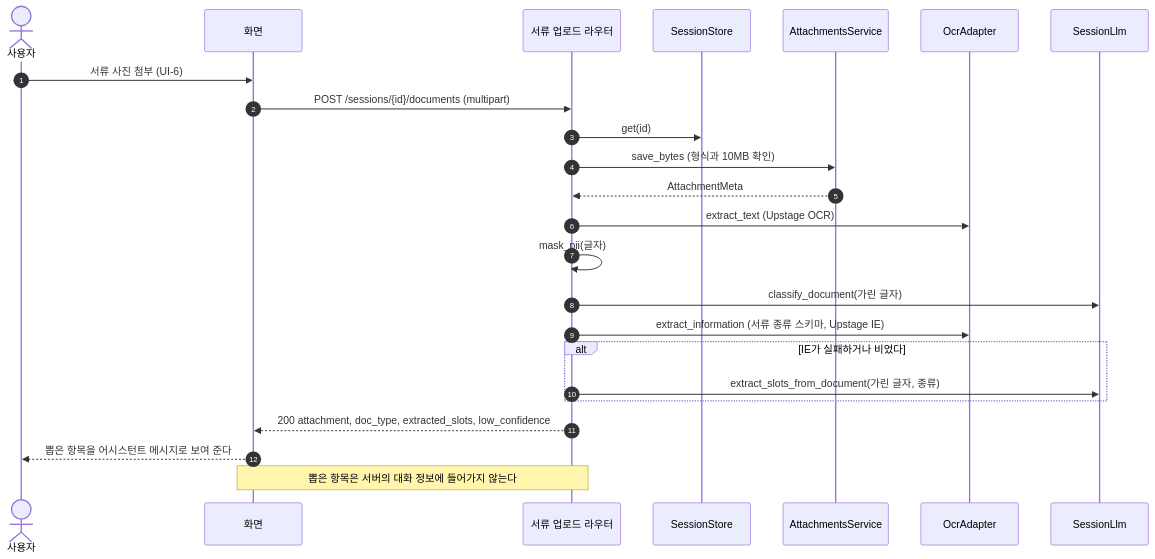
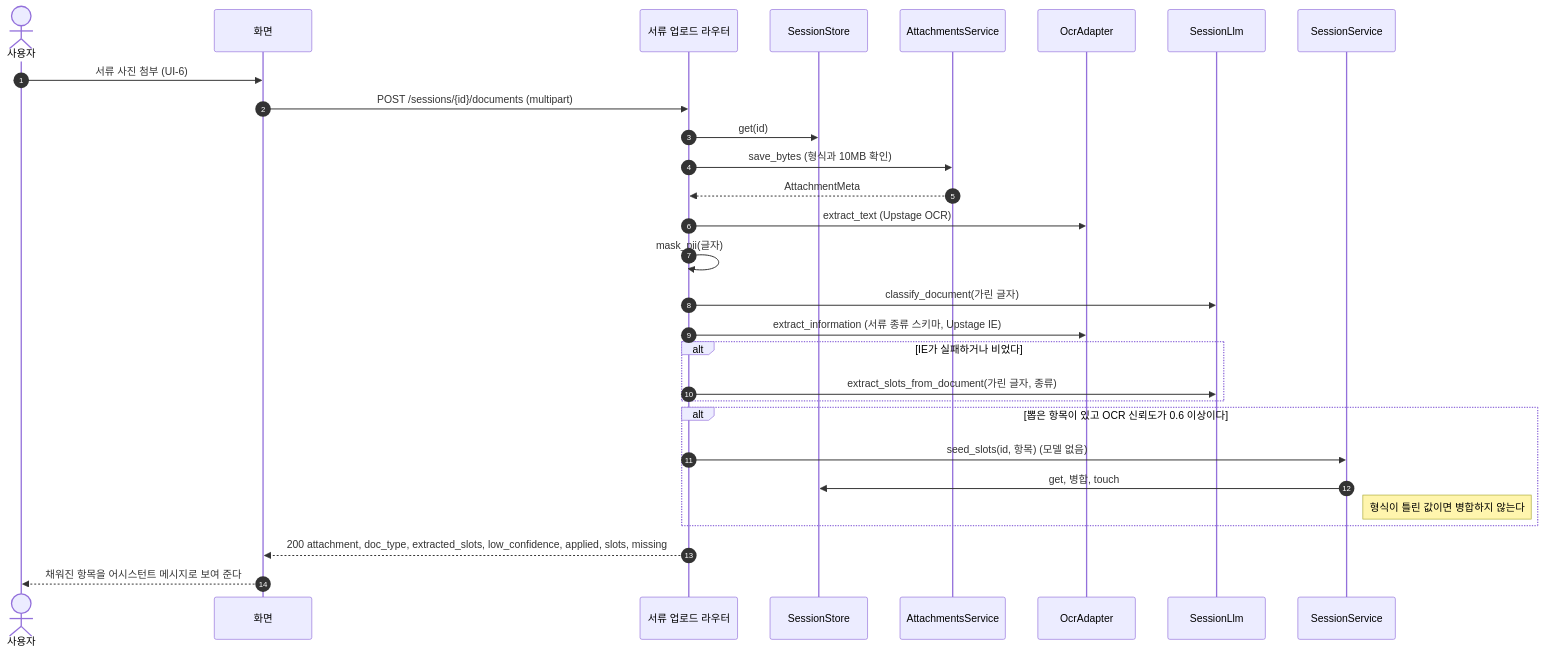
Before and after one commit to HoyoungParkme/Insurance-Helper: the sixth of 15 diagrams in docs/specs/09-SEQ/INS-SEQ-002.md, drawn with Mermaid. The commit also changed other lines of this file, not shown here.

Commit message:
spec(SEQ-002): SEQ-6 서류 항목이 세션 대화 정보에 병합됨 (E1 반영), 2장에서 해당 항목 삭제

````diff
--- a/docs/specs/09-SEQ/INS-SEQ-002.md
+++ b/docs/specs/09-SEQ/INS-SEQ-002.md
@@ -255,26 +255,31 @@
 ```mermaid
 sequenceDiagram
     autonumber
     actor U as 사용자
     participant FE as 화면
     participant R as 서류 업로드 라우터
     participant ST as SessionStore
     participant AT as AttachmentsService
     participant OC as OcrAdapter
     participant SL as SessionLlm
+    participant SS as SessionService
     U->>FE: 서류 사진 첨부 (UI-6)
     FE->>R: POST /sessions/{id}/documents (multipart)
     R->>ST: get(id)
     R->>AT: save_bytes (형식과 10MB 확인)
     AT-->>R: AttachmentMeta
     R->>OC: extract_text (Upstage OCR)
     R->>R: mask_pii(글자)
     R->>SL: classify_document(가린 글자)
     R->>OC: extract_information (서류 종류 스키마, Upstage IE)
     alt IE가 실패하거나 비었다
         R->>SL: extract_slots_from_document(가린 글자, 종류)
     end
-    R-->>FE: 200 attachment, doc_type, extracted_slots, low_confidence
-    FE-->>U: 뽑은 항목을 어시스턴트 메시지로 보여 준다
-    Note over FE,R: 뽑은 항목은 서버의 대화 정보에 들어가지 않는다
+    alt 뽑은 항목이 있고 OCR 신뢰도가 0.6 이상이다
+        R->>SS: seed_slots(id, 항목) (모델 없음)
+        SS->>ST: get, 병합, touch
+        Note right of SS: 형식이 틀린 값이면 병합하지 않는다
+    end
+    R-->>FE: 200 attachment, doc_type, extracted_slots, low_confidence, applied, slots, missing
+    FE-->>U: 채워진 항목을 어시스턴트 메시지로 보여 준다
 ```
````
